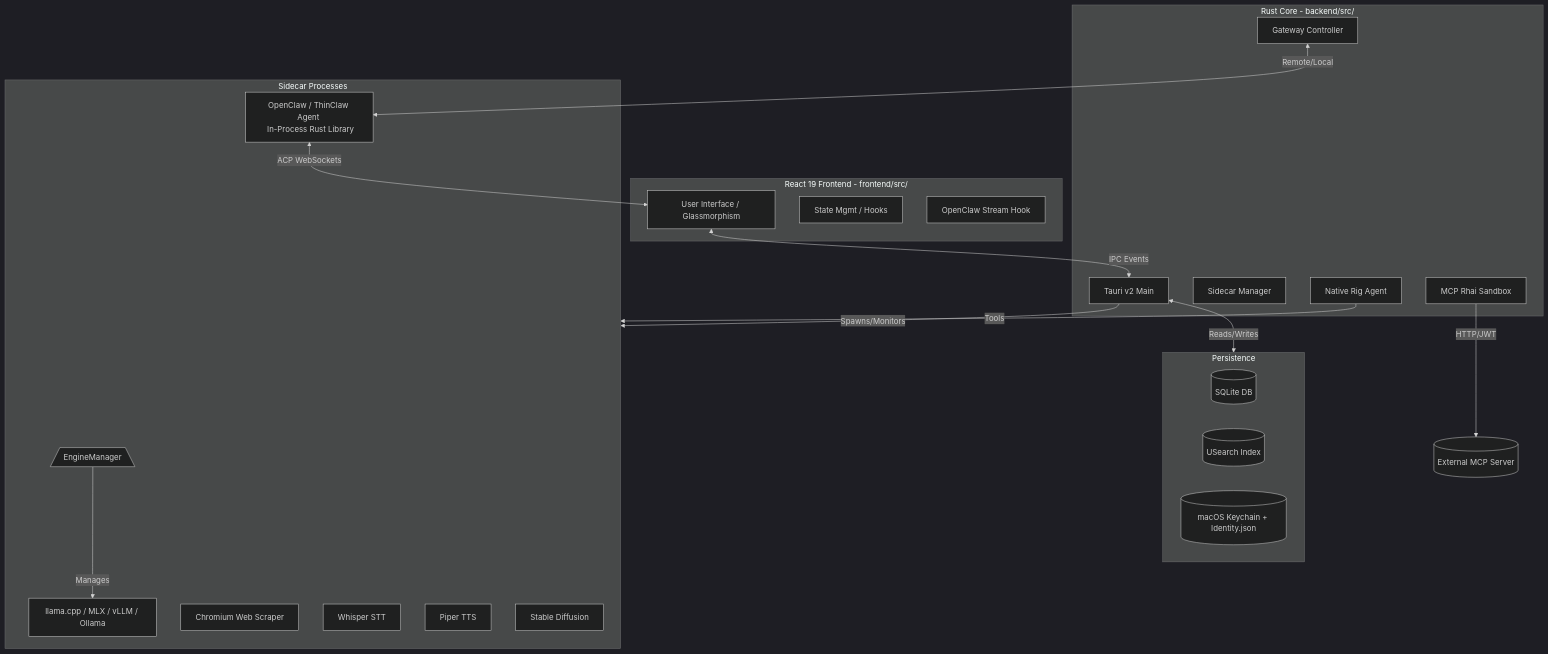
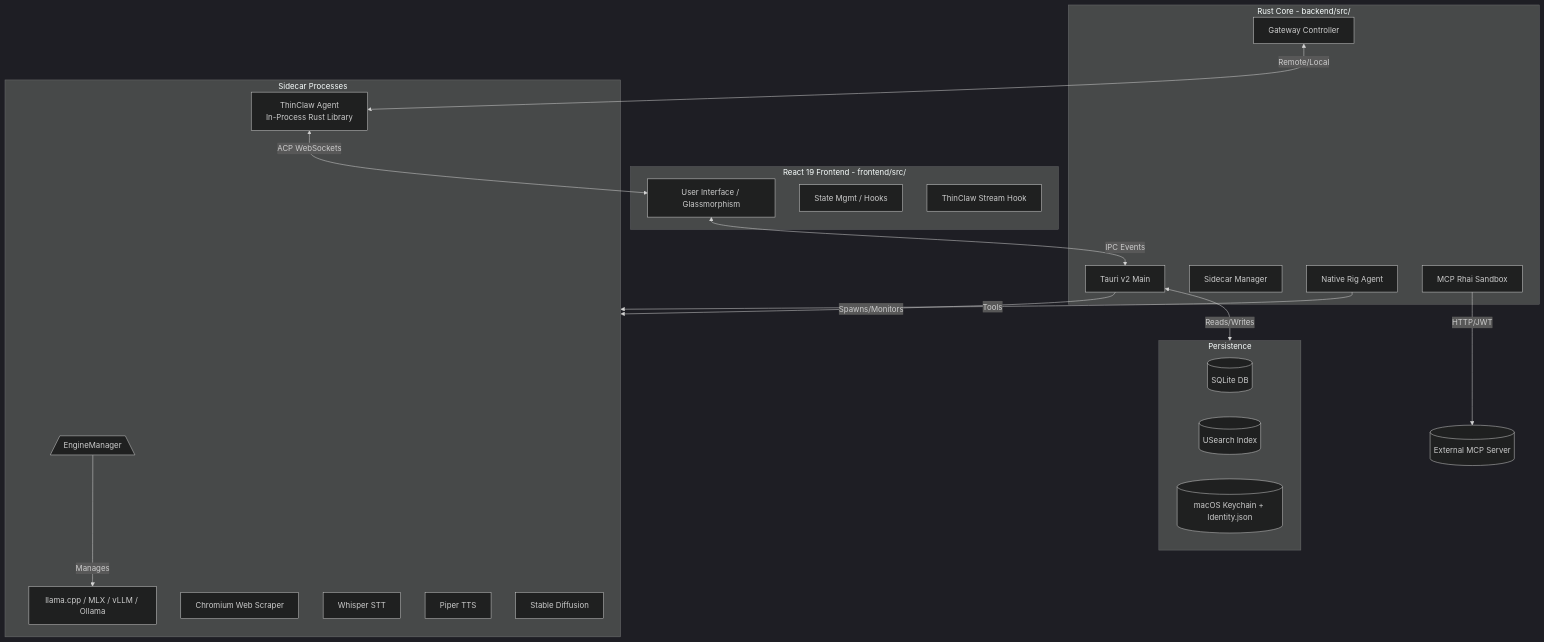
Before and after one commit to RNT56/ThinClaw: the diagram in apps/desktop/README.md, drawn with Mermaid (dark theme). The commit also changed other lines of this file and 124 other files, not shown here.

Commit message:
Checkpoint desktop ThinClaw integration baseline

````diff
--- a/apps/desktop/README.md
+++ b/apps/desktop/README.md
@@ -84,41 +84,41 @@
 ```mermaid
 graph TD
     subgraph Frontend [React 19 Frontend - frontend/src/]
         UI[User Interface / Glassmorphism]
         State[State Mgmt / Hooks]
-        Stream[OpenClaw Stream Hook]
+        Stream[ThinClaw Stream Hook]
     end
 
     subgraph Backend [Rust Core - backend/src/]
         Tauri[Tauri v2 Main]
         Manager[Sidecar Manager]
         Gateway[Gateway Controller]
         RigAgent[Native Rig Agent]
         McpSandbox[MCP Rhai Sandbox]
     end
 
     subgraph Sidecars [Sidecar Processes]
         EngineManager[/EngineManager\]
         Llama[llama.cpp / MLX / vLLM / Ollama]
-        OpenClaw[OpenClaw / ThinClaw Agent \n In-Process Rust Library]
+        Claw[ThinClaw Agent \n In-Process Rust Library]
         Chromium[Chromium Web Scraper]
         Whisper[Whisper STT]
         TTS[Piper TTS]
         SD[Stable Diffusion]
     end
 
     subgraph Storage [Persistence]
         SQLite[(SQLite DB)]
         Vectors[(USearch Index)]
         Identity[(macOS Keychain + Identity.json)]
     end
 
     UI <-->|IPC Events| Tauri
     Tauri -->|Spawns/Monitors| Sidecars
     Tauri <-->|Reads/Writes| Storage
     EngineManager -->|Manages| Llama
-    OpenClaw <-->|ACP WebSockets| UI
-    Gateway <-->|Remote/Local| OpenClaw
+    Claw <-->|ACP WebSockets| UI
+    Gateway <-->|Remote/Local| Claw
     RigAgent -->|Tools| Sidecars
     McpSandbox -->|HTTP/JWT| MCP[(External MCP Server)]
 ```
````
